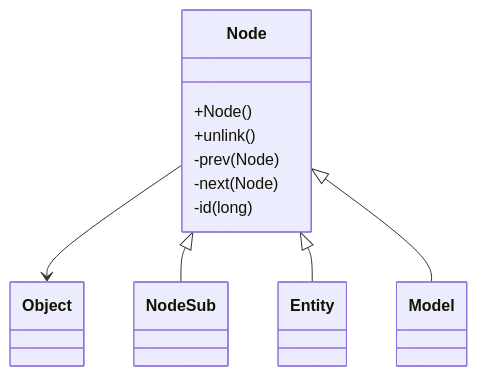
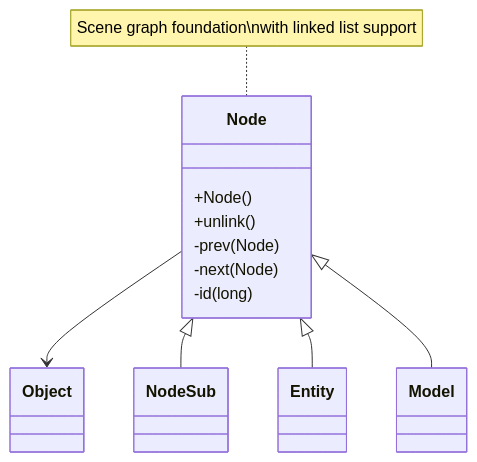
One commit to daxxog/solmud changed the diagram in bytecode/mapping/evidence/verified/Node_PKVMXVTO.md. Above: the diagram before and after it, drawn with Mermaid. The commit also changed other lines of this file and 69 other files, not shown here.

````diff
--- a/bytecode/mapping/evidence/verified/Node_PKVMXVTO.md
+++ b/bytecode/mapping/evidence/verified/Node_PKVMXVTO.md
@@ -16,12 +17,14 @@
 ```mermaid
 classDiagram
     Node --> Object
     Node <|-- NodeSub
     Node <|-- Entity
     Node <|-- Model
     Node : +Node()
     Node : +unlink()
     Node : -prev (Node)
     Node : -next (Node)
     Node : -id (long)
+    
+    note for Node "Scene graph foundation\nwith linked list support"
 ```
````
